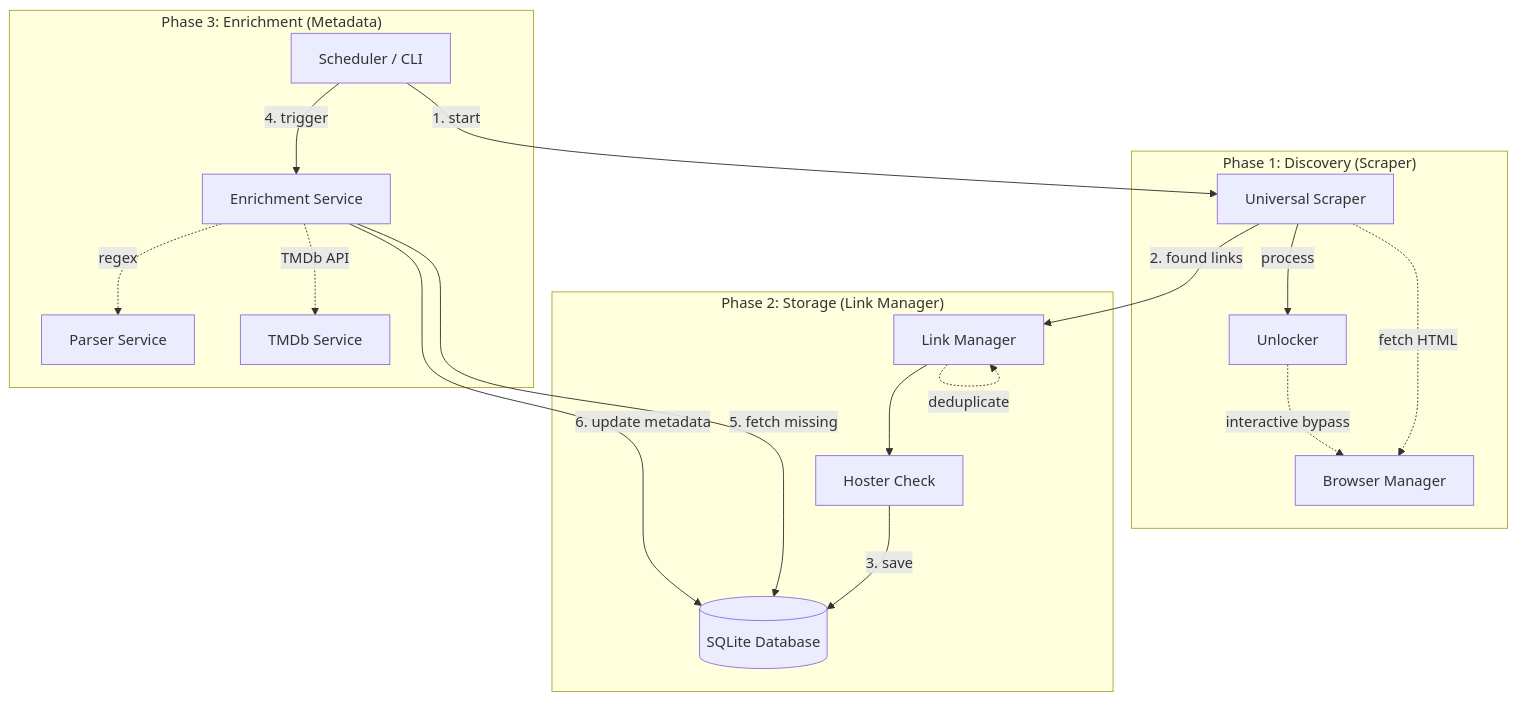
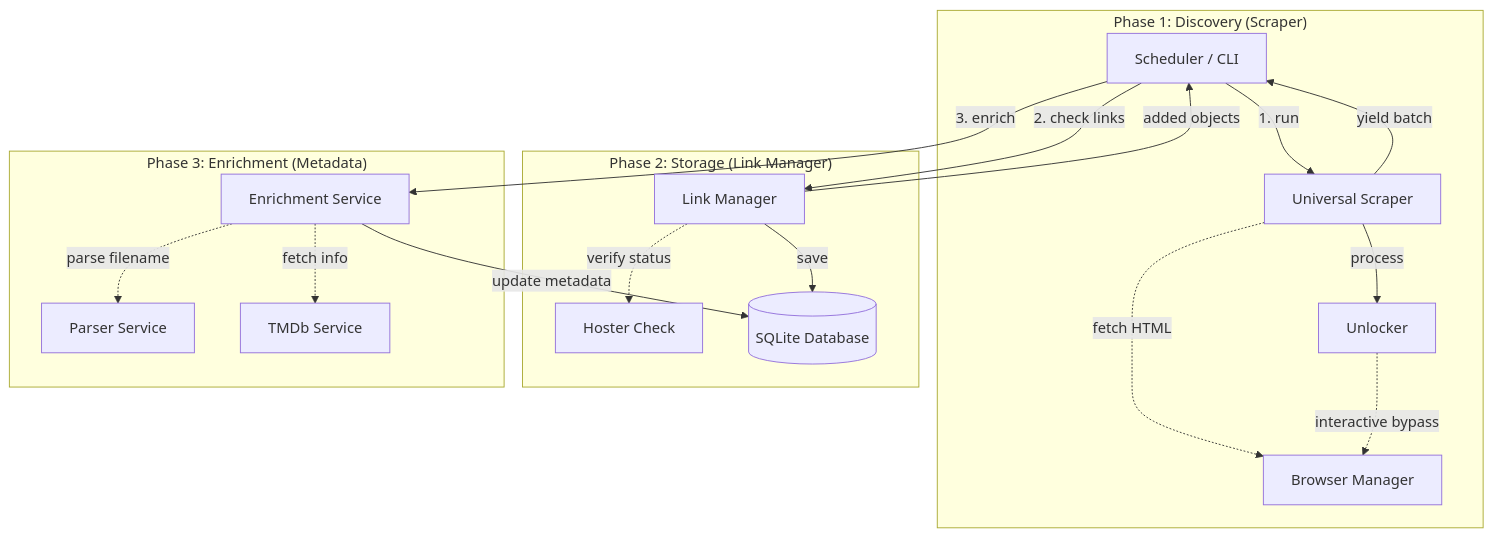
The first of 2 diagrams in README.md (dmachard/DDL-tower), drawn with Mermaid before and after one commit.

Commit message:
refactor: update architecture diagram in documentation and add TMDB API key to configuration.

````diff
--- a/README.md
+++ b/README.md
@@ -238,25 +238,26 @@
 ```mermaid
 graph TD
-    SCH[Scheduler / CLI] -->|1. start| SCR[Universal Scraper]
+    SCH[Scheduler / CLI]
     
     subgraph "Phase 1: Discovery (Scraper)"
+        SCH -->|1. run| SCR[Universal Scraper]
         SCR -.->|fetch HTML| BRW[Browser Manager]
         SCR -->|process| UNL[Unlocker]
         UNL -.->|interactive bypass| BRW
+        SCR -- "yield batch" --> SCH
     end
 
     subgraph "Phase 2: Storage (Link Manager)"
-        SCR -- "2. found links" --> LNK[Link Manager]
-        LNK -.->|deduplicate| LNK
-        LNK --> HST[Hoster Check]
-        HST -->|3. save| DB[(SQLite Database)]
+        SCH -- "2. check links" --> LNK[Link Manager]
+        LNK -.->|verify status| HST[Hoster Check]
+        LNK -- "save" --> DB[(SQLite Database)]
+        LNK -- "added objects" --> SCH
     end
 
     subgraph "Phase 3: Enrichment (Metadata)"
-        SCH -->|4. trigger| ENR[Enrichment Service]
-        ENR -- "5. fetch missing" --> DB
-        ENR -.->|regex| PRS[Parser Service]
-        ENR -.->|TMDb API| TMDB[TMDb Service]
-        ENR -- "6. update metadata" --> DB
+        SCH -- "3. enrich" --> ENR[Enrichment Service]
+        ENR -.->|parse filename| PRS[Parser Service]
+        ENR -.->|fetch info| TMDB[TMDb Service]
+        ENR -- "update metadata" --> DB
     end
 ```
````
